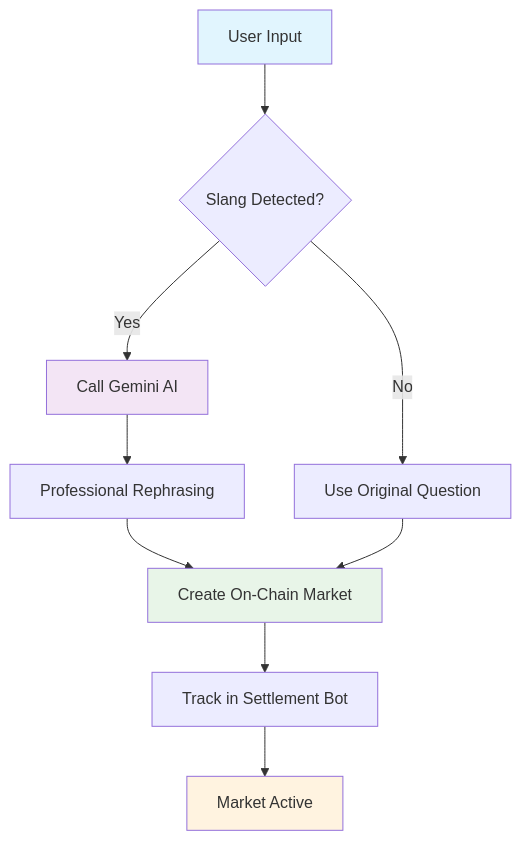
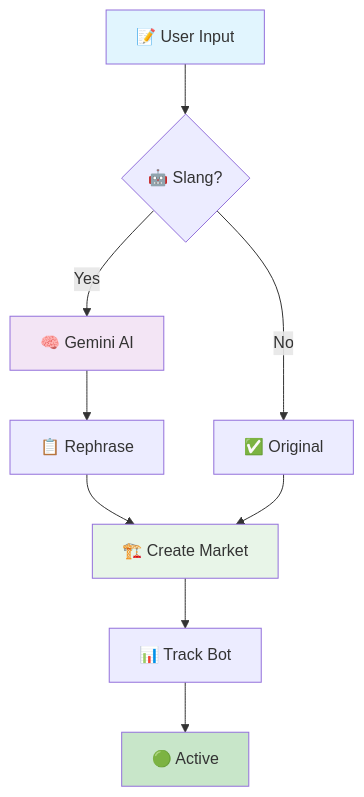
Before and after one commit to apeaircreative/olympics-prediction-oracle: the diagram in docs/flows/market-creation.md, drawn with Mermaid. The commit also changed 4 other files, not shown here.

First line of the commit message:
Apply visual design principles to all Mermaid diagrams

````diff
--- a/docs/flows/market-creation.md
+++ b/docs/flows/market-creation.md
@@ -8,16 +8,16 @@
 ```mermaid
 flowchart TD
-    A[User Input] --> B{Slang Detected?}
-    B -->|Yes| C[Call Gemini AI]
-    B -->|No| D[Use Original Question]
-    C --> E[Professional Rephrasing]
-    E --> F[Create On-Chain Market]
+    A[📝 User Input] --> B{🤖 Slang?}
+    B -->|Yes| C[🧠 Gemini AI]
+    B -->|No| D[✅ Original]
+    C --> E[📋 Rephrase]
+    E --> F[🏗️ Create Market]
     D --> F
-    F --> G[Track in Settlement Bot]
-    G --> H[Market Active]
+    F --> G[📊 Track Bot]
+    G --> H[🟢 Active]
     
     style A fill:#e1f5fe
     style C fill:#f3e5f5
     style F fill:#e8f5e8
-    style H fill:#fff3e0
+    style H fill:#c8e6c9
 ```
````
